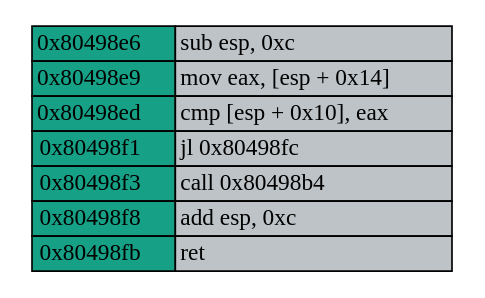
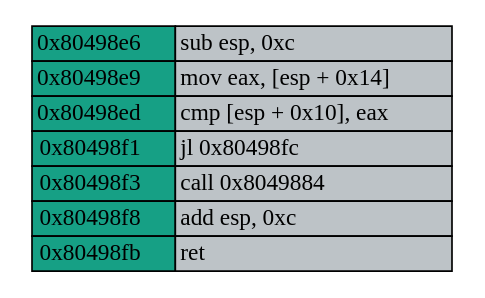
One commit to Nicolnegg/researh changed the diagram in VM/tools-paper/Examples/example-ineq-a>=b/function_cfg.dot. Above: the diagram before and after it, drawn with Graphviz. The commit also changed 57 other files, not shown here.

```diff
--- a/VM/tools-paper/Examples/example-ineq-a>=b/function_cfg.dot
+++ b/VM/tools-paper/Examples/example-ineq-a>=b/function_cfg.dot
@@ -1,16 +1,16 @@
 digraph G {
   node [shape=plaintext, ];
   937280693 [label=<<table border="0" cellspacing="0">
 <tr><td border="1" bgcolor="#16a085">0x80498e6</td><td border="1" bgcolor="#bdc3c7" align="left">sub esp, 0xc</td></tr>
 <tr><td border="1" bgcolor="#16a085">0x80498e9</td><td border="1" bgcolor="#bdc3c7" align="left">mov eax, [esp + 0x14]</td></tr>
 <tr><td border="1" bgcolor="#16a085">0x80498ed</td><td border="1" bgcolor="#bdc3c7" align="left">cmp [esp + 0x10], eax</td></tr>
 <tr><td border="1" bgcolor="#16a085">0x80498f1</td><td border="1" bgcolor="#bdc3c7" align="left">jl 0x80498fc</td></tr>
-<tr><td border="1" bgcolor="#16a085">0x80498f3</td><td border="1" bgcolor="#bdc3c7" align="left">call 0x80498b4</td></tr>
+<tr><td border="1" bgcolor="#16a085">0x80498f3</td><td border="1" bgcolor="#bdc3c7" align="left">call 0x8049884</td></tr>
 <tr><td border="1" bgcolor="#16a085">0x80498f8</td><td border="1" bgcolor="#bdc3c7" align="left">add esp, 0xc</td></tr>
 <tr><td border="1" bgcolor="#16a085">0x80498fb</td><td border="1" bgcolor="#bdc3c7" align="left">ret</td></tr>
 </table>>,
              ];
   
   
   
   }
```
